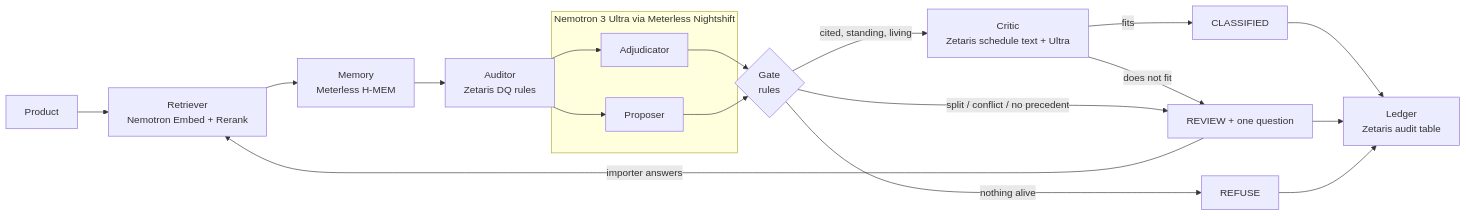
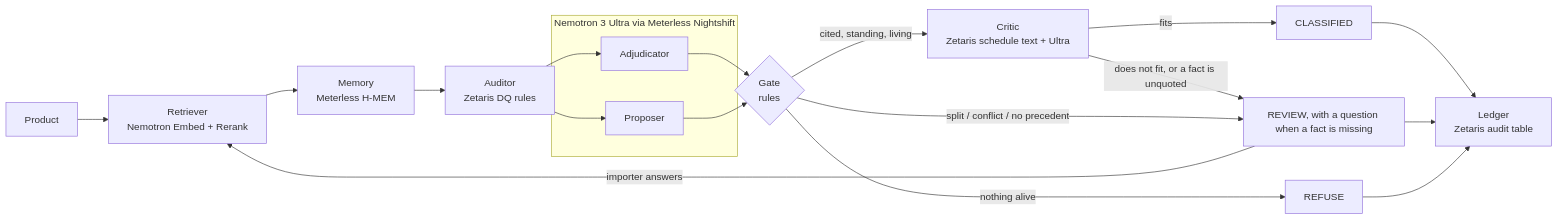
The diagram in README.md (Cassxbt/portorium), drawn with Mermaid before and after one commit. The commit also changed other lines of this file and 8 other files, not shown here.

````diff
--- a/README.md
+++ b/README.md
@@ -117,20 +154,20 @@
 ```mermaid
 flowchart LR
   P[Product] --> R[Retriever<br/>Nemotron Embed + Rerank]
   R --> M[Memory<br/>Meterless H-MEM]
   M --> A[Auditor<br/>Zetaris DQ rules]
   subgraph Ultra[Nemotron 3 Ultra via Meterless Nightshift]
     J[Adjudicator]
     X[Proposer]
   end
   A --> J & X
   J --> G{Gate<br/>rules}
   X --> G
   G -- cited, standing, living --> C[Critic<br/>Zetaris schedule text + Ultra]
   C -- fits --> OK[CLASSIFIED]
-  C -- does not fit --> RV[REVIEW + one question]
+  C -- does not fit, or a fact is unquoted --> RV[REVIEW, with a question when a fact is missing]
   G -- split / conflict / no precedent --> RV
   G -- nothing alive --> RF[REFUSE]
   RV -- importer answers --> R
   OK & RV & RF --> L[Ledger<br/>Zetaris audit table]
 ```
````
